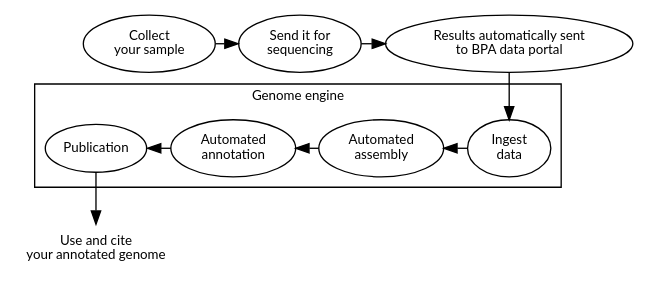
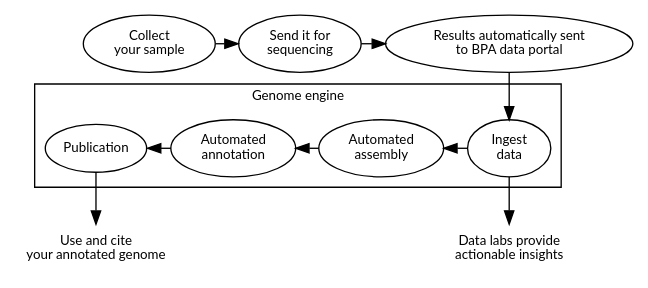
Before and after one commit to TomHarrop/bpa_dataportal_downloads: the diagram in figures/process.dot, drawn with Graphviz. The commit also changed 2 other files, not shown here.

```diff
--- a/figures/process.dot
+++ b/figures/process.dot
@@ -1,44 +1,47 @@
 digraph {
     fontname = "lato";
     fontsize = "10";
     bgcolor = "white";
     // margin = 0;
     compound = true;
     splines = true;
     // This attribute applies to the graph itself
     // size = "1,1";
     node [fontname = "lato"; fontsize = "10";];
     
     subgraph {
         rank = same;
         
         sample_collection [label = "Collect\nyour sample";];
         sequencing [label = "Send it for\nsequencing";];
         data_deposit [label = "Results automatically sent\nto BPA data portal";];
     }
     
     subgraph cluster_genomeengine {
         label = "Genome engine";
         subgraph {
             rank = same;
                         
             ingest [label = "Ingest\ndata";];
             assembly [label = "Automated\nassembly";];
             annotation [label = "Automated\nannotation";];
             publication [label = "Publication";];
         }
     }
 
     use [label = "Use and cite\nyour annotated genome", shape=plaintext]
 
+    labs [label = "Data labs provide\nactionable insights", shape=plaintext]
 
     sample_collection -> sequencing;
     sequencing -> data_deposit;
     data_deposit -> ingest;
     assembly -> ingest [dir=back];
     annotation -> assembly [dir=back];
     publication -> annotation [dir=back];
 
     publication -> use;
 
+    ingest -> labs;
+
 }
```
